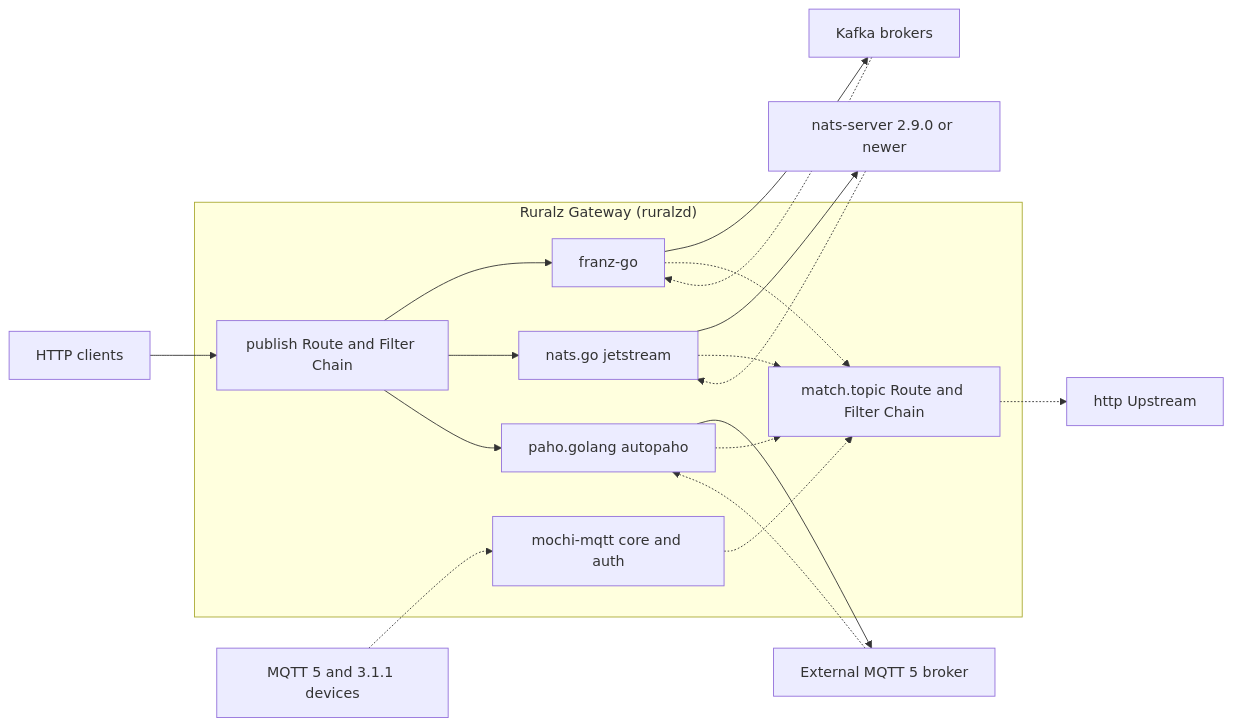
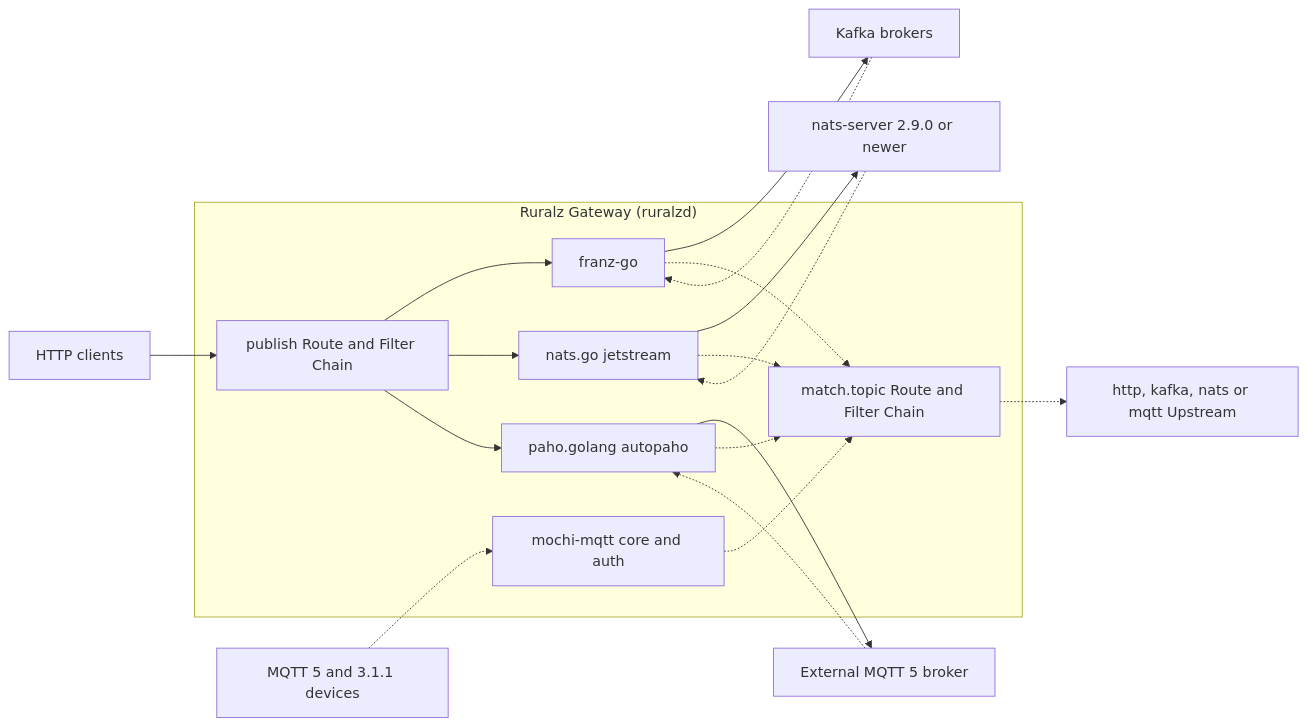
Before and after one commit to ravindu-rev/ruralz: the diagram in docs/adr/0013-messaging-client-libraries.md, drawn with Mermaid. The commit also changed other lines of this file and 24 other files, not shown here.

````diff
--- a/docs/adr/0013-messaging-client-libraries.md
+++ b/docs/adr/0013-messaging-client-libraries.md
@@ -55,29 +55,29 @@
 ```mermaid
 flowchart LR
   hc["HTTP clients"]
   dev["MQTT 5 and 3.1.1 devices"]
   subgraph gw["Ruralz Gateway (ruralzd)"]
     rt["publish Route and Filter Chain"]
     fz["franz-go"]
     nj["nats.go jetstream"]
     ph["paho.golang autopaho"]
     mb["mochi-mqtt core and auth"]
     ti["match.topic Route and Filter Chain"]
   end
   k["Kafka brokers"]
   n["nats-server 2.9.0 or newer"]
   m["External MQTT 5 broker"]
-  up["http Upstream"]
+  up["http, kafka, nats or mqtt Upstream"]
   hc --> rt
   rt --> fz --> k
   rt --> nj --> n
   rt --> ph --> m
   m -.-> ph
   ph -.-> ti
   k -.-> fz
   n -.-> nj
   fz -.-> ti
   nj -.-> ti
   dev -.-> mb -.-> ti
   ti -.-> up
 ```
````
